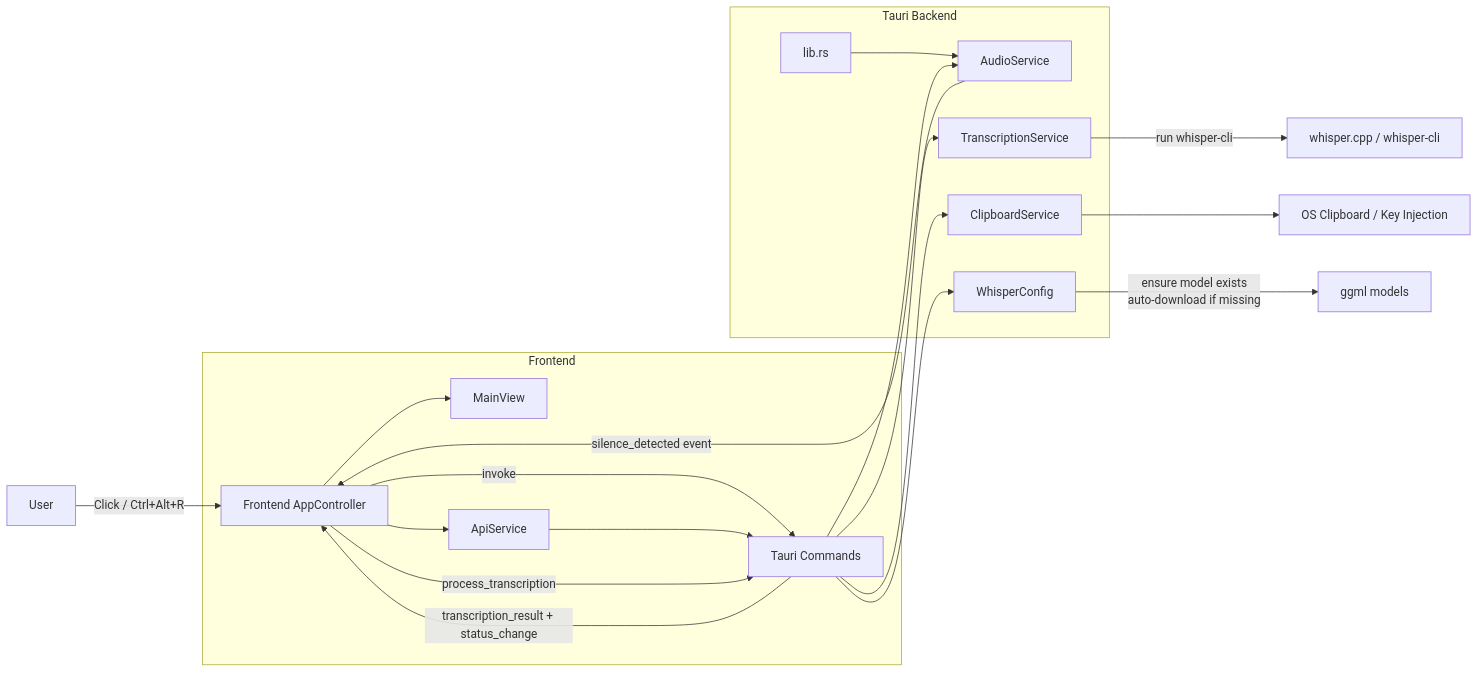
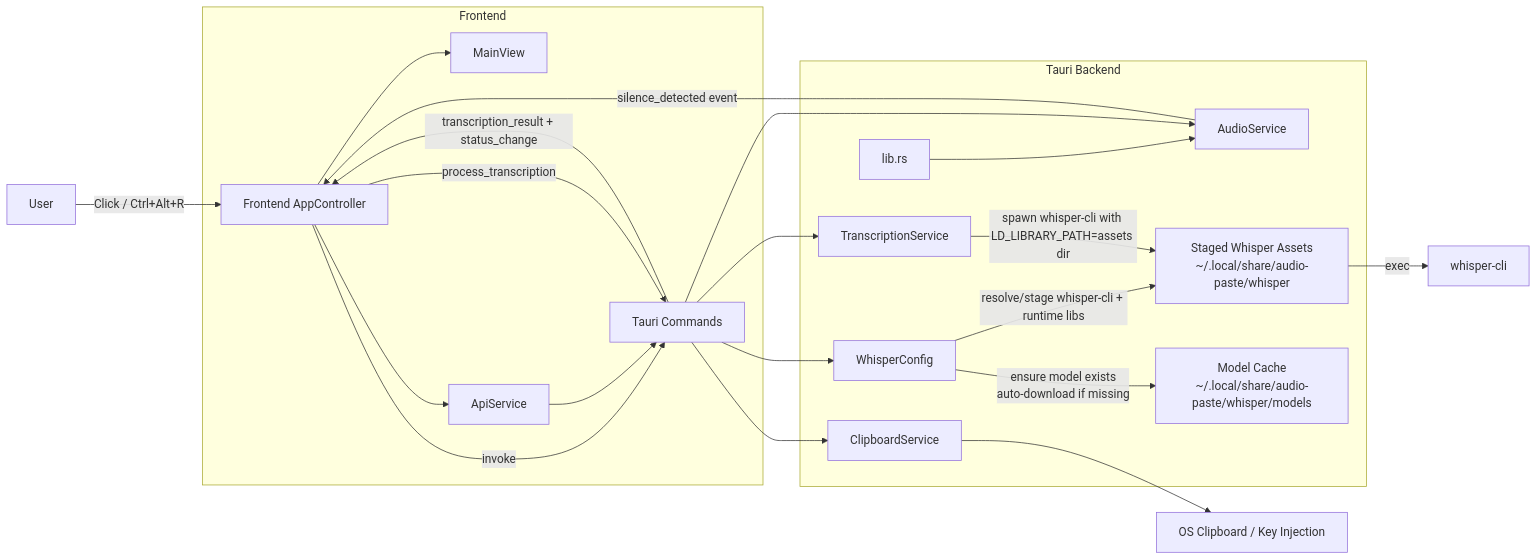
Before and after one commit to Prasannajaga/Audio-paste: the first of 2 diagrams in README.md, drawn with Mermaid. The commit also changed other lines of this file and 5 other files, not shown here.

````diff
--- a/README.md
+++ b/README.md
@@ -34,38 +34,42 @@
 ```mermaid
 flowchart LR
   U[User] -->|Click / Ctrl+Alt+R| FE[Frontend AppController]
   FE -->|invoke| CMD[Tauri Commands]
 
   subgraph Frontend
     FE
     VIEW[MainView]
     API[ApiService]
     FE --> VIEW
     FE --> API
     API --> CMD
   end
 
   subgraph Tauri Backend
     LIB[lib.rs]
     CMD
     AUDIO[AudioService]
     TRANS[TranscriptionService]
     CLIP[ClipboardService]
     CONF[WhisperConfig]
+    ASSETS[Staged Whisper Assets\n~/.local/share/audio-paste/whisper]
+    MODELS[Model Cache\n~/.local/share/audio-paste/whisper/models]
   end
 
   LIB --> AUDIO
   CMD --> AUDIO
   CMD --> TRANS
   CMD --> CLIP
   CMD --> CONF
 
   AUDIO -->|silence_detected event| FE
   FE -->|process_transcription| CMD
 
-  TRANS -->|run whisper-cli| WCLI[whisper.cpp / whisper-cli]
-  CONF -->|ensure model exists\nauto-download if missing| MODELS[ggml models]
+  CONF -->|resolve/stage whisper-cli + runtime libs| ASSETS
+  CONF -->|ensure model exists\nauto-download if missing| MODELS
+  TRANS -->|spawn whisper-cli with LD_LIBRARY_PATH=assets dir| ASSETS
+  ASSETS -->|exec| WCLI[whisper-cli]
 
   CMD -->|transcription_result + status_change| FE
   CLIP --> OS[OS Clipboard / Key Injection]
 ```
````
